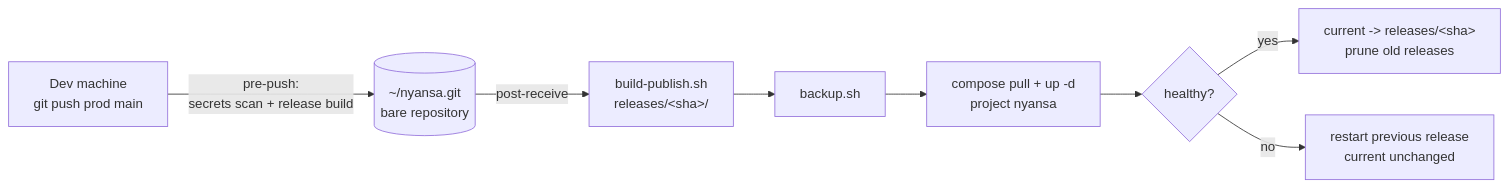
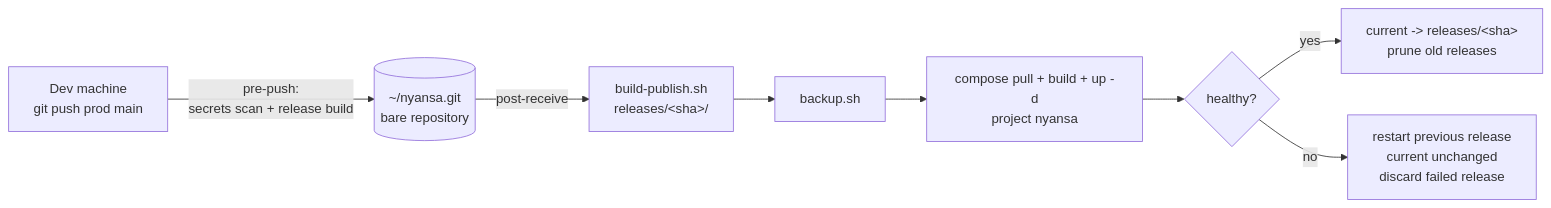
One commit to Geobatpo07/nyansa changed the diagram in docs/DEPLOY.md. Above: the diagram before and after it, drawn with Mermaid. The commit also changed other lines of this file and 1 other file, not shown here.

````diff
--- a/docs/DEPLOY.md
+++ b/docs/DEPLOY.md
@@ -19,10 +19,10 @@
 ```mermaid
 flowchart LR
     dev["Dev machine<br/>git push prod main"] -- "pre-push:<br/>secrets scan + release build" --> bare[("~/nyansa.git<br/>bare repository")]
     bare -- "post-receive" --> build["build-publish.sh<br/>releases/&lt;sha&gt;/"]
     build --> backup["backup.sh"]
-    backup --> up["compose pull + up -d<br/>project nyansa"]
+    backup --> up["compose pull + build + up -d<br/>project nyansa"]
     up --> health{"healthy?"}
     health -- yes --> switch["current -> releases/&lt;sha&gt;<br/>prune old releases"]
-    health -- no --> rollback["restart previous release<br/>current unchanged"]
+    health -- no --> rollback["restart previous release<br/>current unchanged<br/>discard failed release"]
 ```
````
